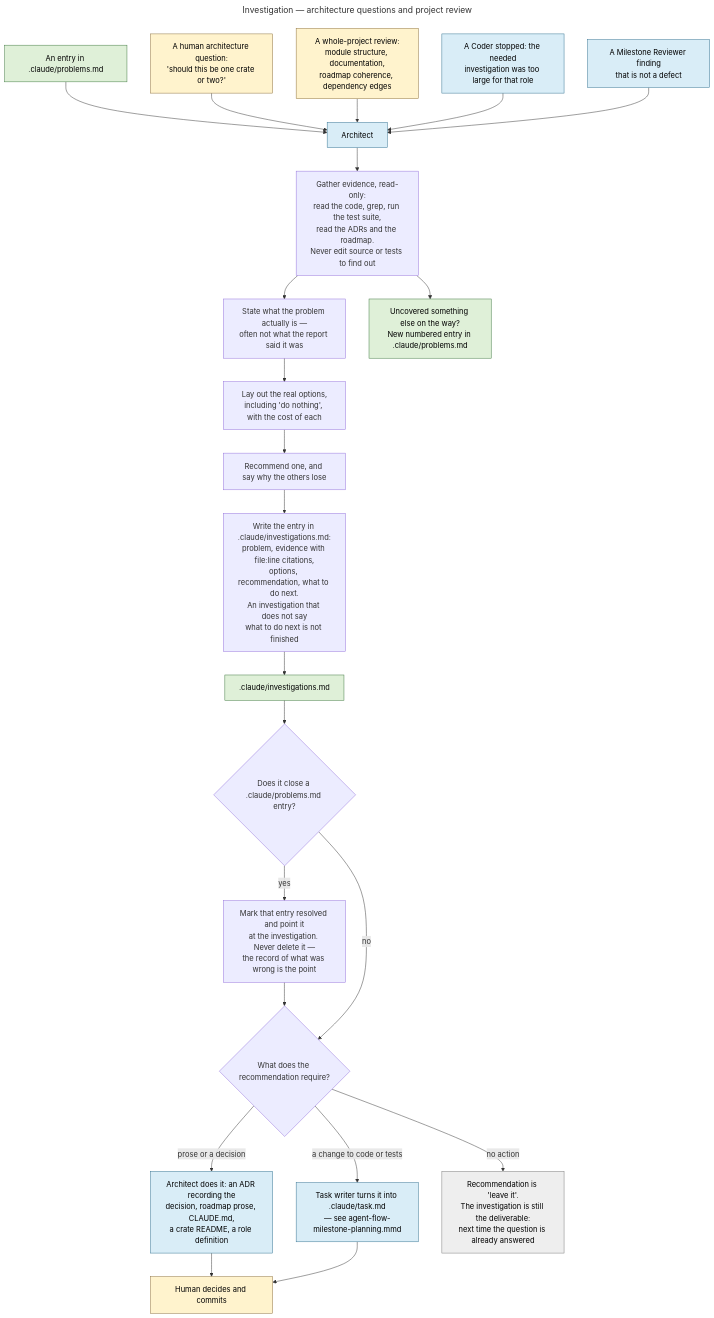
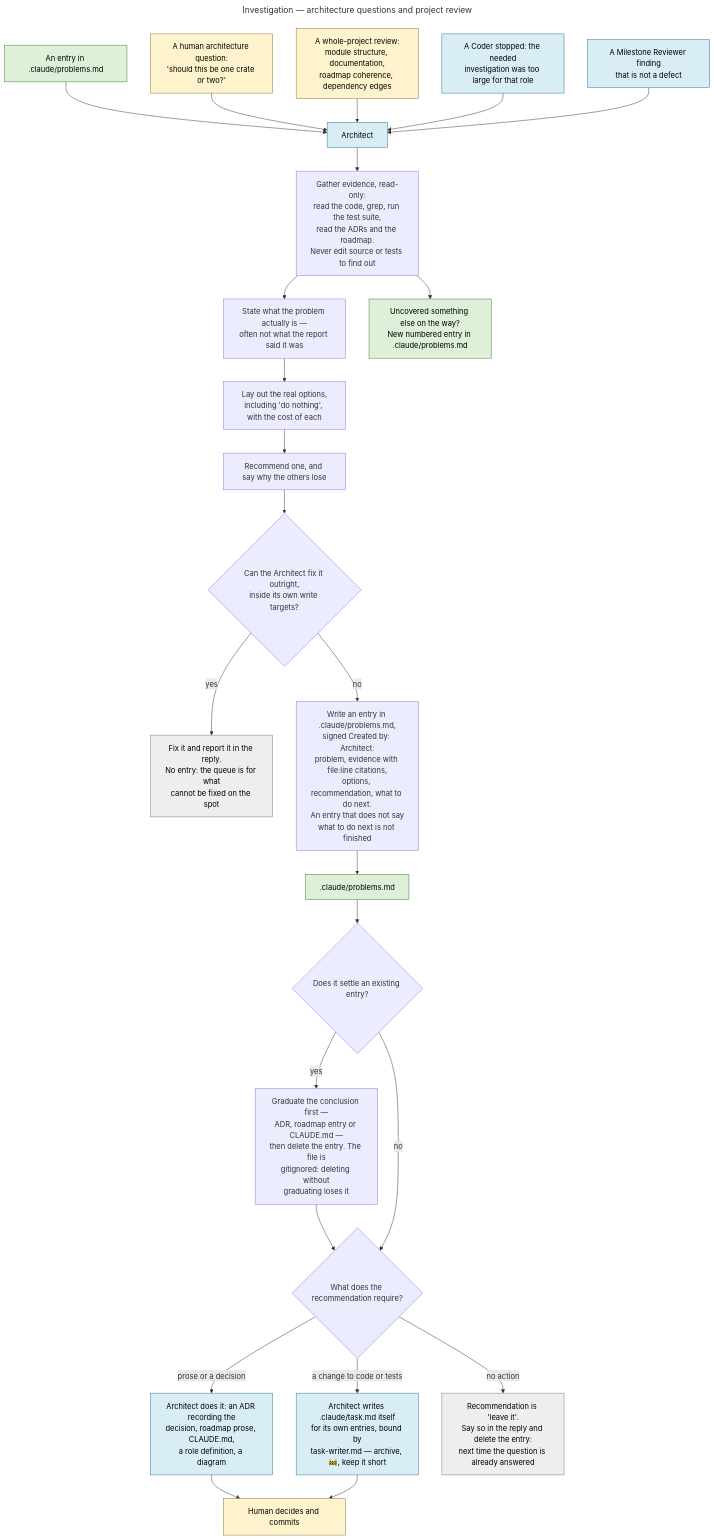
The diagram in docs/diagrams/agent-flow-investigation.mmd (Dmitriy-G/simple_rdbms), drawn with Mermaid before and after one commit. The commit also changed 10 other files, not shown here.

Commit message:
Change agents flow

```diff
--- a/docs/diagrams/agent-flow-investigation.mmd
+++ b/docs/diagrams/agent-flow-investigation.mmd
@@ -1,46 +1,50 @@
 ---
 title: Investigation — architecture questions and project review
 ---
 flowchart TD
     classDef human fill:#fff3cd,stroke:#8a6d3b,color:#000
     classDef role fill:#d9edf7,stroke:#31708f,color:#000
     classDef channel fill:#dff0d8,stroke:#3c763d,color:#000
     classDef stop fill:#eeeeee,stroke:#777,color:#000
 
     T1["An entry in .claude/problems.md"]:::channel
     T2["A human architecture question:<br/>'should this be one crate or two?'"]:::human
     T3["A whole-project review:<br/>module structure, documentation,<br/>roadmap coherence, dependency edges"]:::human
     T4["A Coder stopped: the needed<br/>investigation was too large for that role"]:::role
     T5["A Milestone Reviewer finding<br/>that is not a defect"]:::role
 
     ARCH["Architect"]:::role
     GATHER["Gather evidence, read-only:<br/>read the code, grep, run the test suite,<br/>read the ADRs and the roadmap.<br/>Never edit source or tests to find out"]
     STATE["State what the problem actually is —<br/>often not what the report said it was"]
     OPTS["Lay out the real options,<br/>including 'do nothing', with the cost of each"]
     REC["Recommend one, and say why the others lose"]
 
-    WRITE["Write the entry in .claude/investigations.md:<br/>problem, evidence with file:line citations,<br/>options, recommendation, what to do next.<br/>An investigation that does not say<br/>what to do next is not finished"]
-    INV[".claude/investigations.md"]:::channel
+    FIXABLE{"Can the Architect fix it outright,<br/>inside its own write targets?"}
+    FIXNOW["Fix it and report it in the reply.<br/>No entry: the queue is for what<br/>cannot be fixed on the spot"]:::stop
+    WRITE["Write an entry in .claude/problems.md,<br/>signed Created by: Architect:<br/>problem, evidence with file:line citations,<br/>options, recommendation, what to do next.<br/>An entry that does not say<br/>what to do next is not finished"]
+    PROB[".claude/problems.md"]:::channel
 
-    CLOSES{"Does it close a .claude/problems.md entry?"}
-    MARK["Mark that entry resolved and point it<br/>at the investigation. Never delete it —<br/>the record of what was wrong is the point"]
+    CLOSES{"Does it settle an existing entry?"}
+    GRAD["Graduate the conclusion first —<br/>ADR, roadmap entry or CLAUDE.md —<br/>then delete the entry. The file is<br/>gitignored: deleting without<br/>graduating loses it"]
     NEWPROB["Uncovered something else on the way?<br/>New numbered entry in .claude/problems.md"]:::channel
 
     KIND{"What does the recommendation require?"}
-    DOC["Architect does it: an ADR recording the<br/>decision, roadmap prose, CLAUDE.md,<br/>a crate README, a role definition"]:::role
-    CODE["Task writer turns it into .claude/task.md<br/>— see agent-flow-milestone-planning.mmd"]:::role
-    NOTHING["Recommendation is 'leave it'.<br/>The investigation is still the deliverable:<br/>next time the question is already answered"]:::stop
+    DOC["Architect does it: an ADR recording the<br/>decision, roadmap prose, CLAUDE.md,<br/>a role definition, a diagram"]:::role
+    CODE["Architect writes .claude/task.md itself<br/>for its own entries, bound by<br/>task-writer.md — archive, 🚧, keep it short"]:::role
+    NOTHING["Recommendation is 'leave it'.<br/>Say so in the reply and delete the entry:<br/>next time the question is already answered"]:::stop
     HUMAN["Human decides and commits"]:::human
 
     T1 --> ARCH
     T2 --> ARCH
     T3 --> ARCH
     T4 --> ARCH
     T5 --> ARCH
-    ARCH --> GATHER --> STATE --> OPTS --> REC --> WRITE --> INV --> CLOSES
-    CLOSES -- yes --> MARK --> KIND
+    ARCH --> GATHER --> STATE --> OPTS --> REC --> FIXABLE
+    FIXABLE -- yes --> FIXNOW
+    FIXABLE -- no --> WRITE --> PROB --> CLOSES
+    CLOSES -- yes --> GRAD --> KIND
     CLOSES -- no --> KIND
     GATHER --> NEWPROB
     KIND -- "prose or a decision" --> DOC --> HUMAN
     KIND -- "a change to code or tests" --> CODE --> HUMAN
     KIND -- "no action" --> NOTHING
```
